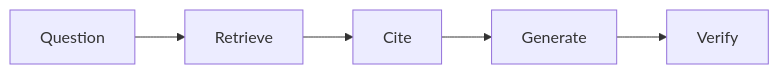
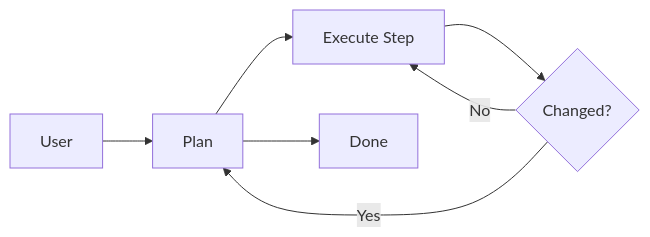
Before and after one commit to muchengit/agent-top: the third of 10 diagrams in docs/en/quick-reference/architecture-patterns.md, drawn with Mermaid. The commit also changed other lines of this file and 42 other files, not shown here.

````diff
--- a/docs/en/quick-reference/architecture-patterns.md
+++ b/docs/en/quick-reference/architecture-patterns.md
@@ -58,7 +70,9 @@
 ```mermaid
 flowchart LR
-  Q[Question] --> R[Retrieve]
-  R --> C[Cite]
-  C --> G[Generate]
-  G --> V[Verify]
+  U[User] --> P[Plan]
+  P --> E[Execute Step]
+  E --> C{Changed?}
+  C -- No --> E
+  C -- Yes --> P
+  P --> D[Done]
 ```
````
